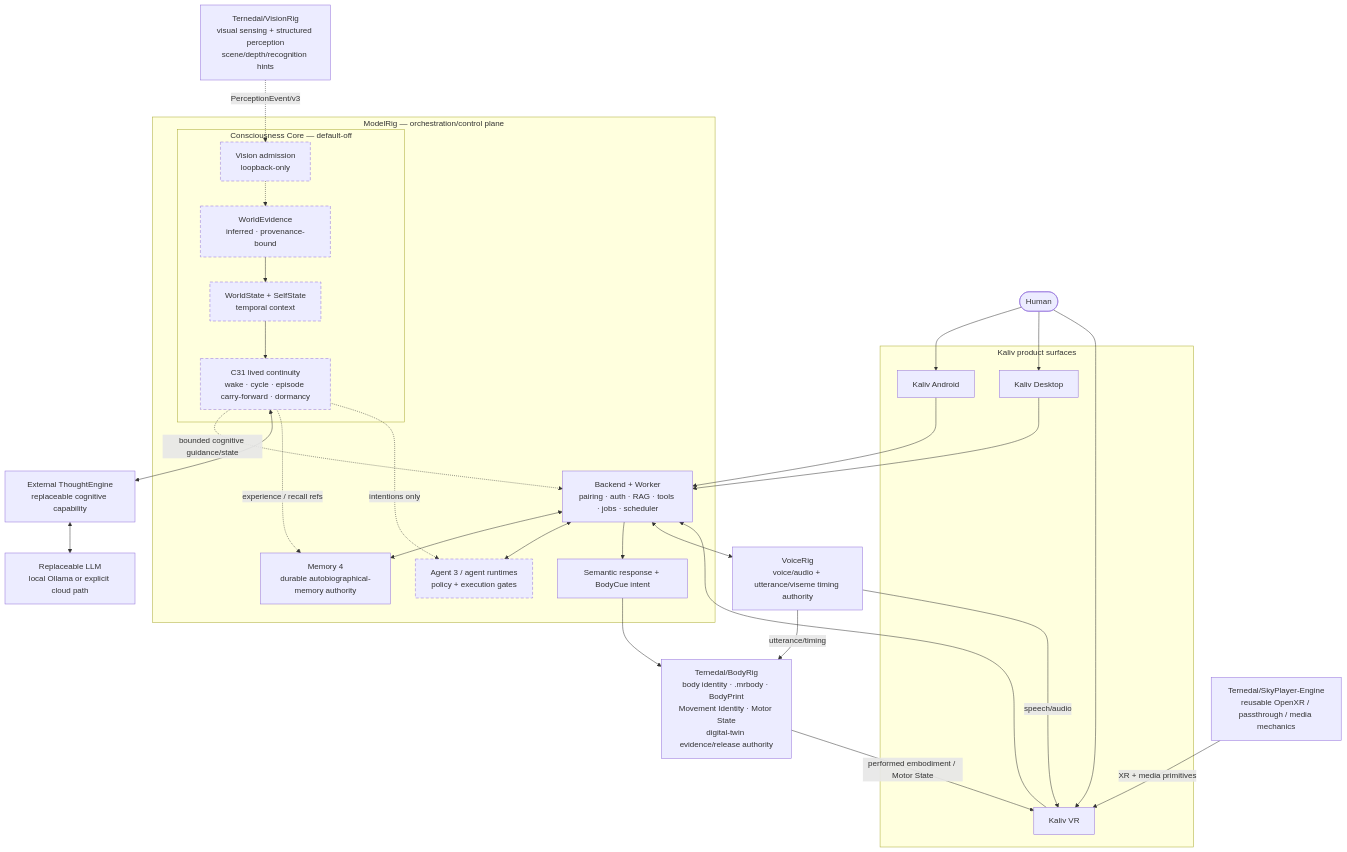
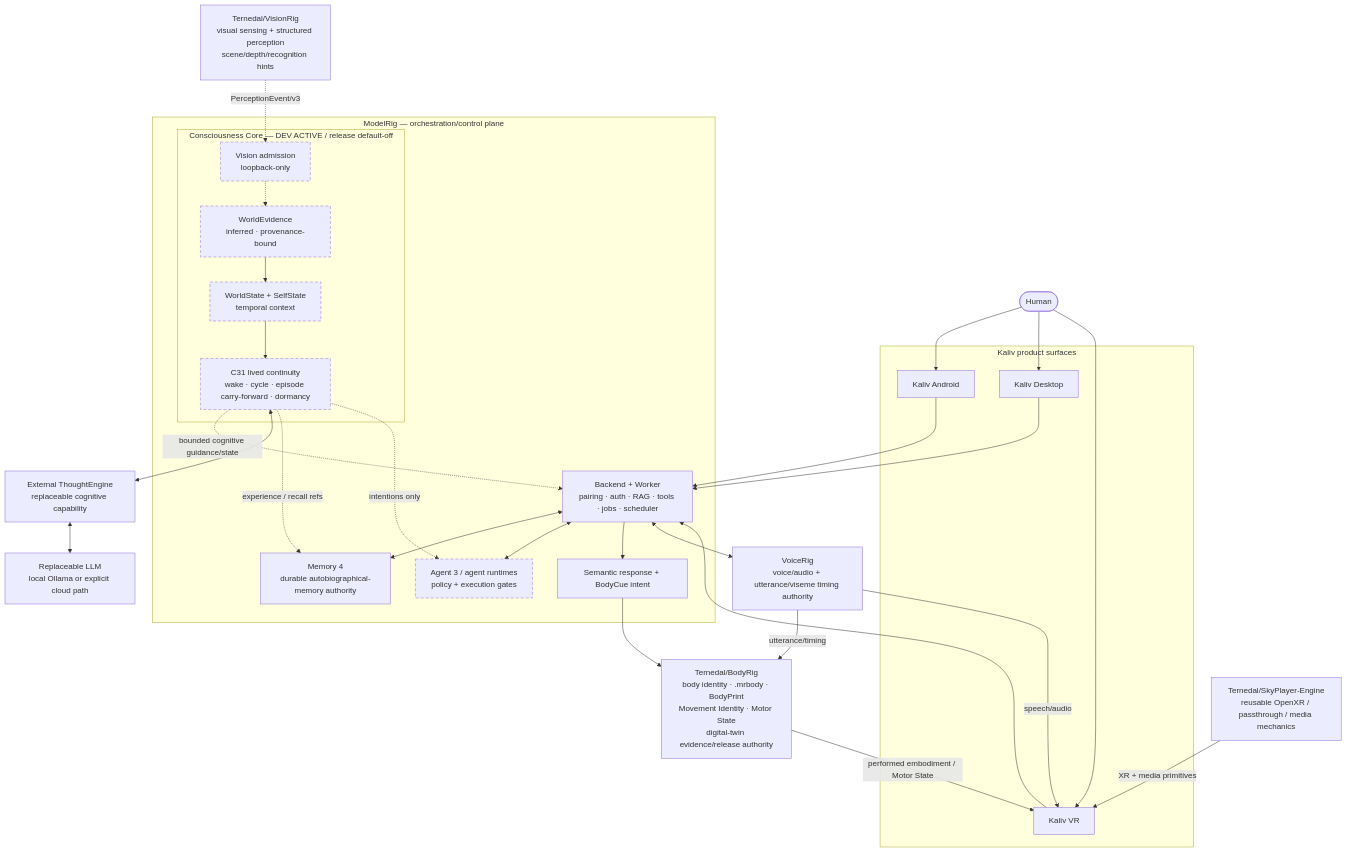
The first of 3 diagrams in docs/KALIV_SYSTEM_DEFINITION.md (Ternedal/ModelRig), drawn with Mermaid before and after one commit. The commit also changed other lines of this file, not shown here.

Commit message:
docs: describe Consciousness dev activation

````diff
--- a/docs/KALIV_SYSTEM_DEFINITION.md
+++ b/docs/KALIV_SYSTEM_DEFINITION.md
@@ -30,65 +30,65 @@
 ```mermaid
 flowchart TB
     Human([Human])
 
     subgraph Clients["Kaliv product surfaces"]
         Android["Kaliv Android"]
         Desktop["Kaliv Desktop"]
         KVR["Kaliv VR"]
     end
 
     subgraph MR["ModelRig — orchestration/control plane"]
         API["Backend + Worker<br/>pairing · auth · RAG · tools · jobs · scheduler"]
         Memory["Memory 4<br/>durable autobiographical-memory authority"]
         Agents["Agent 3 / agent runtimes<br/>policy + execution gates"]
         Intent["Semantic response + BodyCue intent"]
 
-        subgraph Core["Consciousness Core — default-off"]
+        subgraph Core["Consciousness Core — DEV ACTIVE / release default-off"]
             Admission["Vision admission<br/>loopback-only"]
             WE["WorldEvidence<br/>inferred · provenance-bound"]
             WS["WorldState + SelfState<br/>temporal context"]
             C31["C31 lived continuity<br/>wake · cycle · episode carry-forward · dormancy"]
         end
     end
 
     TE["External ThoughtEngine<br/>replaceable cognitive capability"]
     LLM["Replaceable LLM<br/>local Ollama or explicit cloud path"]
     Voice["VoiceRig<br/>voice/audio + utterance/viseme timing authority"]
     Vision["Ternedal/VisionRig<br/>visual sensing + structured perception<br/>scene/depth/recognition hints"]
     Body["Ternedal/BodyRig<br/>body identity · .mrbody · BodyPrint<br/>Movement Identity · Motor State<br/>digital-twin evidence/release authority"]
     Sky["Ternedal/SkyPlayer-Engine<br/>reusable OpenXR / passthrough / media mechanics"]
 
     Human --> Android
     Human --> Desktop
     Human --> KVR
 
     Android --> API
     Desktop --> API
     KVR --> API
 
     API <--> Memory
     API <--> Agents
     C31 -. "bounded cognitive guidance/state" .-> API
     API --> Intent
 
     Vision -. "PerceptionEvent/v3" .-> Admission
     Admission -.-> WE
     WE --> WS
     WS --> C31
 
     C31 <--> TE
     TE <--> LLM
     C31 -. "experience / recall refs" .-> Memory
     C31 -. "intentions only" .-> Agents
 
     API <--> Voice
     Intent --> Body
     Voice -->|"utterance/timing"| Body
 
     Body -->|"performed embodiment / Motor State"| KVR
     Voice -->|"speech/audio"| KVR
     Sky -->|"XR + media primitives"| KVR
 
     classDef dormant stroke-dasharray:6 4;
     class Admission,WE,WS,C31,Agents dormant;
 ```
````
